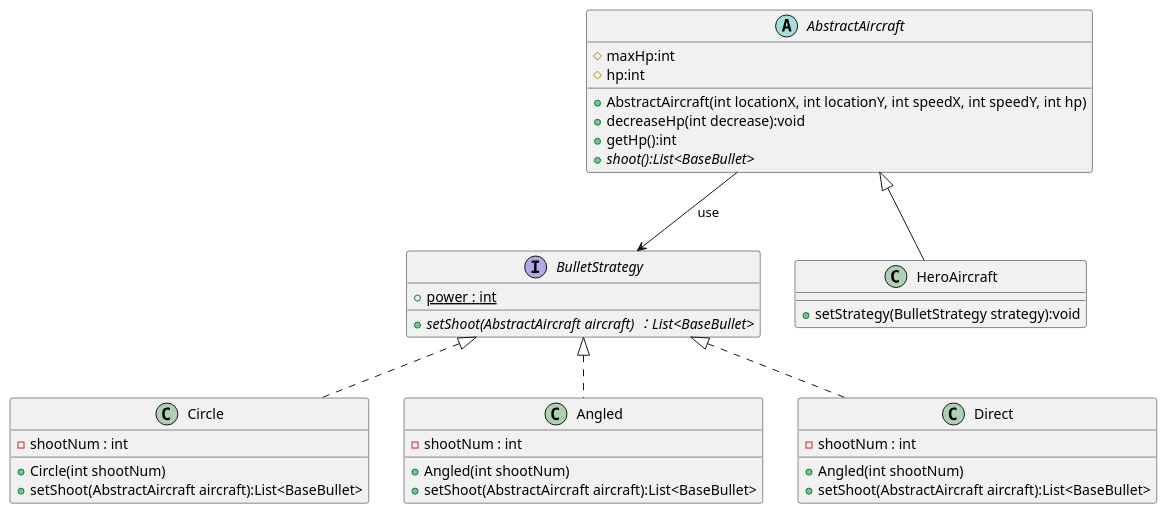
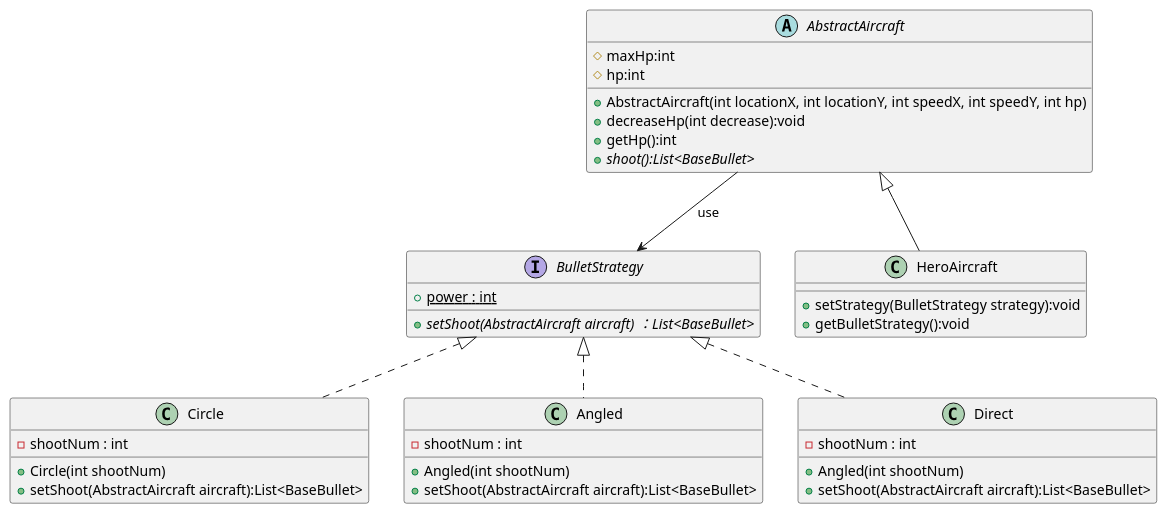
Before and after one commit to chenc100/AircraftsWar: the diagram in uml/BulletStrategy.puml, drawn with PlantUML. The commit also changed 43 other files, not shown here.

```diff
--- a/uml/BulletStrategy.puml
+++ b/uml/BulletStrategy.puml
@@ -1,43 +1,44 @@
 @startuml
 interface BulletStrategy{
     + {static}power : int
     + {abstract}setShoot(AbstractAircraft aircraft) ：List<BaseBullet>
 }
 
 class Circle{
     - shootNum : int
     + Circle(int shootNum)
     + setShoot(AbstractAircraft aircraft):List<BaseBullet>
 }
 BulletStrategy <|.. Circle
 
 class Angled{
     - shootNum : int
     + Angled(int shootNum)
     + setShoot(AbstractAircraft aircraft):List<BaseBullet>
 }
 BulletStrategy <|.. Angled
 
 class Direct{
     - shootNum : int
     + Angled(int shootNum)
     + setShoot(AbstractAircraft aircraft):List<BaseBullet>
 }
 BulletStrategy <|.. Direct
 
 abstract class AbstractAircraft{
 	# maxHp:int
     # hp:int
     + AbstractAircraft(int locationX, int locationY, int speedX, int speedY, int hp)
     + decreaseHp(int decrease):void
     + getHp():int
     + {abstract} shoot():List<BaseBullet>
 }
 
 class HeroAircraft{
-    +setStrategy(BulletStrategy strategy):void
+    + setStrategy(BulletStrategy strategy):void
+    + getBulletStrategy():void
 }
 
 AbstractAircraft --> BulletStrategy : use
 AbstractAircraft <|-- HeroAircraft
 @enduml
```
